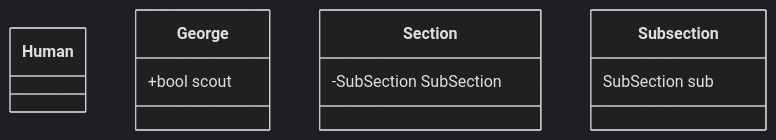
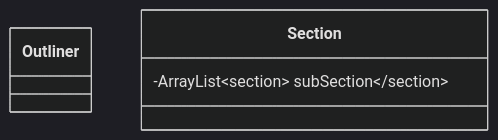
The diagram in docs/UMLTemplate.md (itsjihunpark/Microsoft-Word-Outliner-Clone), drawn with Mermaid (dark theme) before and after one commit.

Commit message:
initial outliner classes

````diff
--- a/docs/UMLTemplate.md
+++ b/docs/UMLTemplate.md
@@ -24,18 +24,11 @@
 ```mermaid
 classDiagram
   
-    class Human{
+    class Outliner{
+      
     }
-    class George{
-      +bool scout
-    
+    class Section{
+      -ArrayList<Section> subSection
     }
 
-    class Section{
-      -SubSection SubSection
-    }
-
-    class Subsection{
-      SubSection sub
-    }
 ```
````
